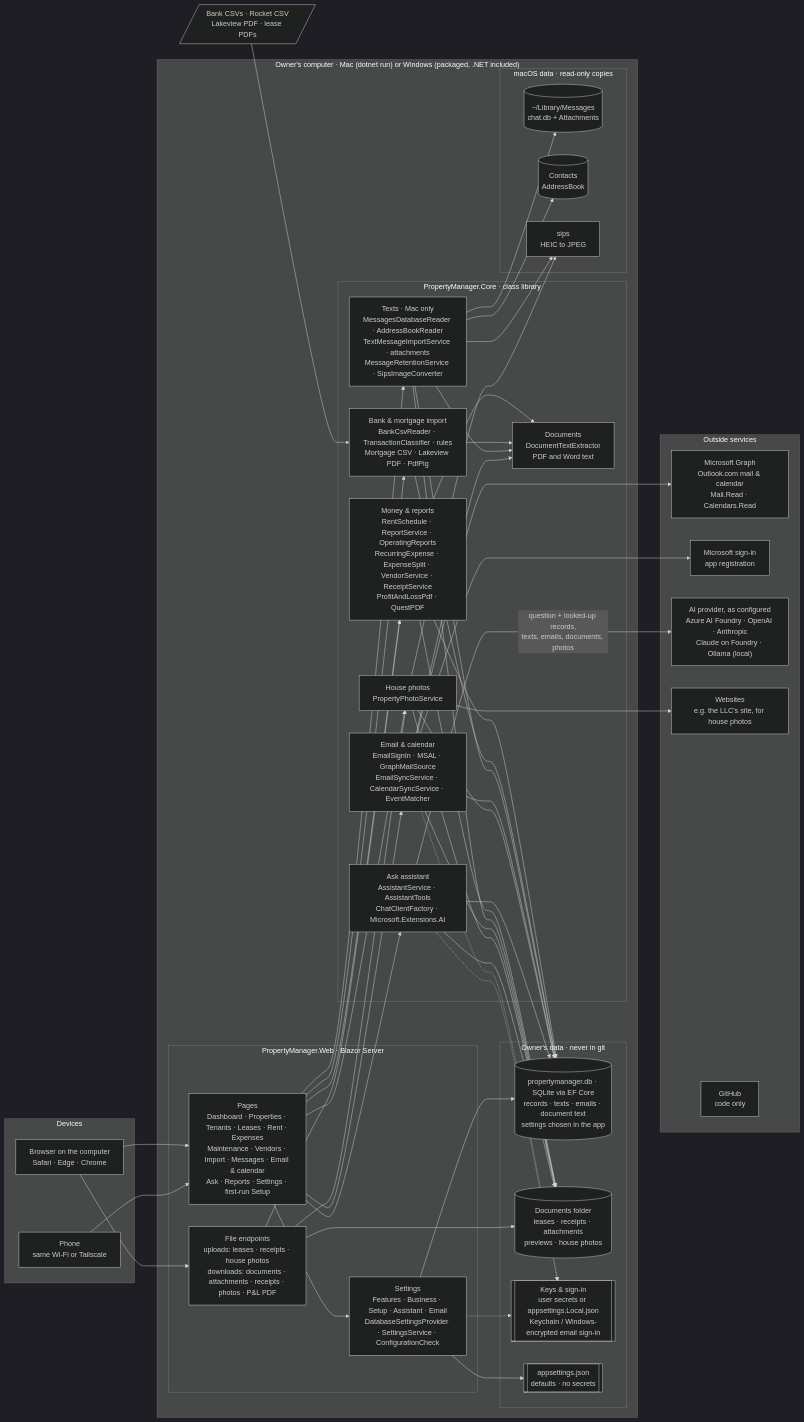
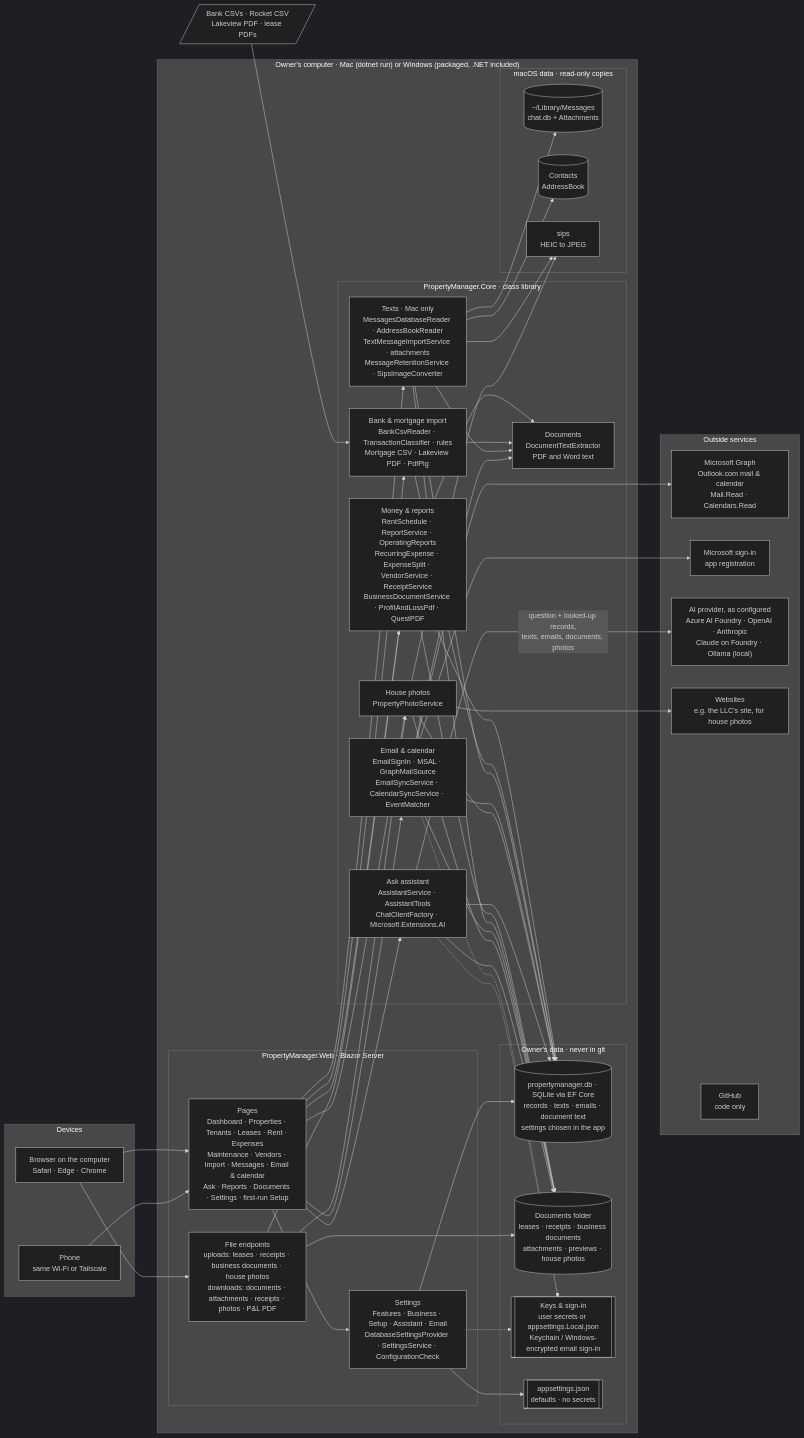
Before and after one commit to shellypayahoo/PropertyManagerTax: the diagram in docs/architecture.md, drawn with Mermaid (dark theme). The commit also changed 15 other files, not shown here.

First line of the commit message:
Add a Documents page for business papers

```diff
--- a/docs/architecture.md
+++ b/docs/architecture.md
@@ -11,13 +11,13 @@
 
     subgraph Host["Owner's computer · Mac (dotnet run) or Windows (packaged, .NET included)"]
         subgraph Web["PropertyManager.Web · Blazor Server"]
-            Pages["Pages<br/>Dashboard · Properties · Tenants · Leases · Rent · Expenses<br/>Maintenance · Vendors · Import · Messages · Email & calendar<br/>Ask · Reports · Settings · first-run Setup"]
-            Endpoints["File endpoints<br/>uploads: leases · receipts · house photos<br/>downloads: documents · attachments · receipts · photos · P&L PDF"]
+            Pages["Pages<br/>Dashboard · Properties · Tenants · Leases · Rent · Expenses<br/>Maintenance · Vendors · Import · Messages · Email & calendar<br/>Ask · Reports · Documents · Settings · first-run Setup"]
+            Endpoints["File endpoints<br/>uploads: leases · receipts · business documents · house photos<br/>downloads: documents · attachments · receipts · photos · P&L PDF"]
             Config["Settings<br/>Features · Business · Setup · Assistant · Email<br/>DatabaseSettingsProvider · SettingsService · ConfigurationCheck"]
         end
 
         subgraph Core["PropertyManager.Core · class library"]
-            Money["Money & reports<br/>RentSchedule · ReportService · OperatingReports<br/>RecurringExpense · ExpenseSplit · VendorService · ReceiptService<br/>ProfitAndLossPdf · QuestPDF"]
+            Money["Money & reports<br/>RentSchedule · ReportService · OperatingReports<br/>RecurringExpense · ExpenseSplit · VendorService · ReceiptService<br/>BusinessDocumentService · ProfitAndLossPdf · QuestPDF"]
             Import["Bank & mortgage import<br/>BankCsvReader · TransactionClassifier · rules<br/>Mortgage CSV · Lakeview PDF · PdfPig"]
             Messaging["Texts · Mac only<br/>MessagesDatabaseReader · AddressBookReader<br/>TextMessageImportService · attachments<br/>MessageRetentionService · SipsImageConverter"]
             EmailCal["Email & calendar<br/>EmailSignIn · MSAL · GraphMailSource<br/>EmailSyncService · CalendarSyncService · EventMatcher"]
@@ -28,7 +28,7 @@
 
         subgraph Storage["Owner's data · never in git"]
             Db[("propertymanager.db · SQLite via EF Core<br/>records · texts · emails · document text<br/>settings chosen in the app")]
-            Files[("Documents folder<br/>leases · receipts · attachments<br/>previews · house photos")]
+            Files[("Documents folder<br/>leases · receipts · business documents<br/>attachments · previews · house photos")]
             Secrets[["Keys & sign-in<br/>user secrets or appsettings.Local.json<br/>Keychain / Windows-encrypted email sign-in"]]
             FileConfig[["appsettings.json<br/>defaults · no secrets"]]
         end
```
